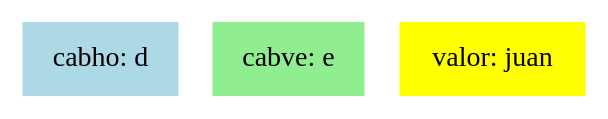
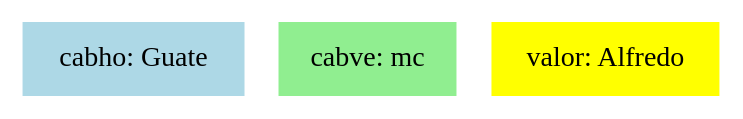
One commit to Brandon22023/-EDD-Proyecto1_202300813 changed the diagram in Proyecto1/cmake-build-debug/Reporte_matriz_disperza.dot. Above: the diagram before and after it, drawn with Graphviz. The commit also changed 19 other files, not shown here.

```diff
--- a/Proyecto1/cmake-build-debug/Reporte_matriz_disperza.dot
+++ b/Proyecto1/cmake-build-debug/Reporte_matriz_disperza.dot
@@ -1,7 +1,7 @@
 digraph MatrizDispersa {
     rankdir=TB;
     node [shape=box];
-    "d" [label="cabho: d", style=filled, color=lightblue];
-    "e" [label="cabve: e", style=filled, color=lightgreen];
-    "juan" [label="valor: juan", style=filled, color=yellow];
+    "Guate" [label="cabho: Guate", style=filled, color=lightblue];
+    "mc" [label="cabve: mc", style=filled, color=lightgreen];
+    "Alfredo" [label="valor: Alfredo", style=filled, color=yellow];
 }
```
